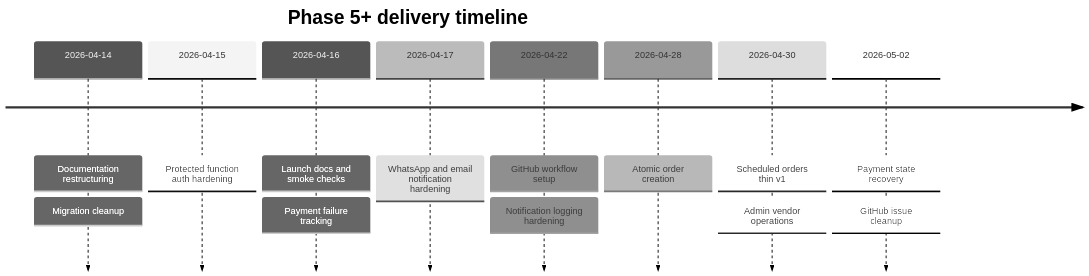
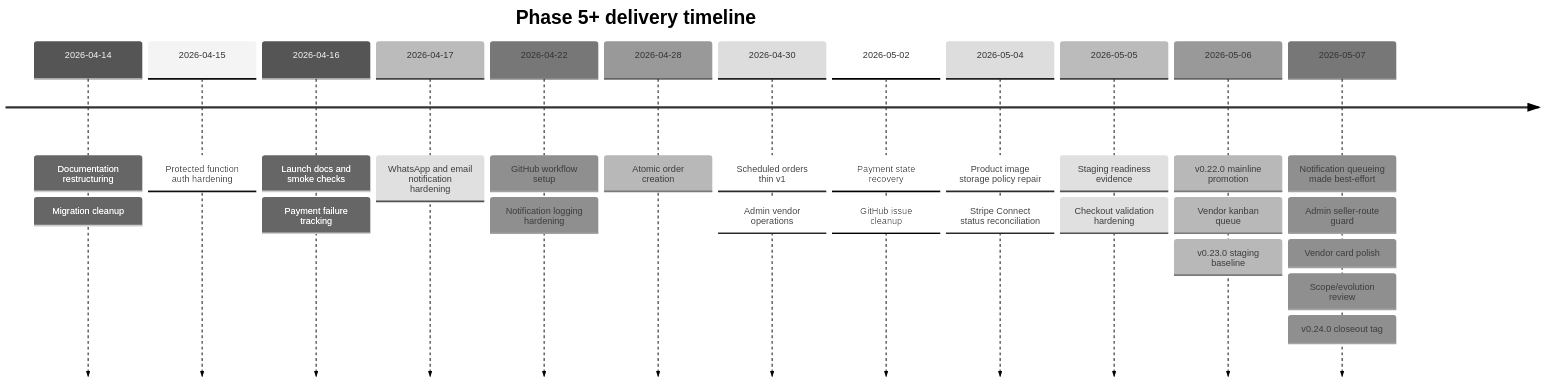
Before and after one commit to DK-Digital-Designs/skiip: the first of 2 diagrams in docs/phase-5/PHASE_5_CLIENT_RECAP.md, drawn with Mermaid (neutral theme). The commit also changed other lines of this file and 15 other files, not shown here.

````diff
--- a/docs/phase-5/PHASE_5_CLIENT_RECAP.md
+++ b/docs/phase-5/PHASE_5_CLIENT_RECAP.md
@@ -13,17 +13,29 @@
 ```mermaid
 timeline
     title Phase 5+ delivery timeline
     2026-04-14 : Documentation restructuring
                : Migration cleanup
     2026-04-15 : Protected function auth hardening
     2026-04-16 : Launch docs and smoke checks
                : Payment failure tracking
     2026-04-17 : WhatsApp and email notification hardening
     2026-04-22 : GitHub workflow setup
                : Notification logging hardening
     2026-04-28 : Atomic order creation
     2026-04-30 : Scheduled orders thin v1
                : Admin vendor operations
     2026-05-02 : Payment state recovery
                : GitHub issue cleanup
+    2026-05-04 : Product image storage policy repair
+               : Stripe Connect status reconciliation
+    2026-05-05 : Staging readiness evidence
+               : Checkout validation hardening
+    2026-05-06 : v0.22.0 mainline promotion
+               : Vendor kanban queue
+               : v0.23.0 staging baseline
+    2026-05-07 : Notification queueing made best-effort
+               : Admin seller-route guard
+               : Vendor card polish
+               : Scope/evolution review
+               : v0.24.0 closeout tag
 ```
````
